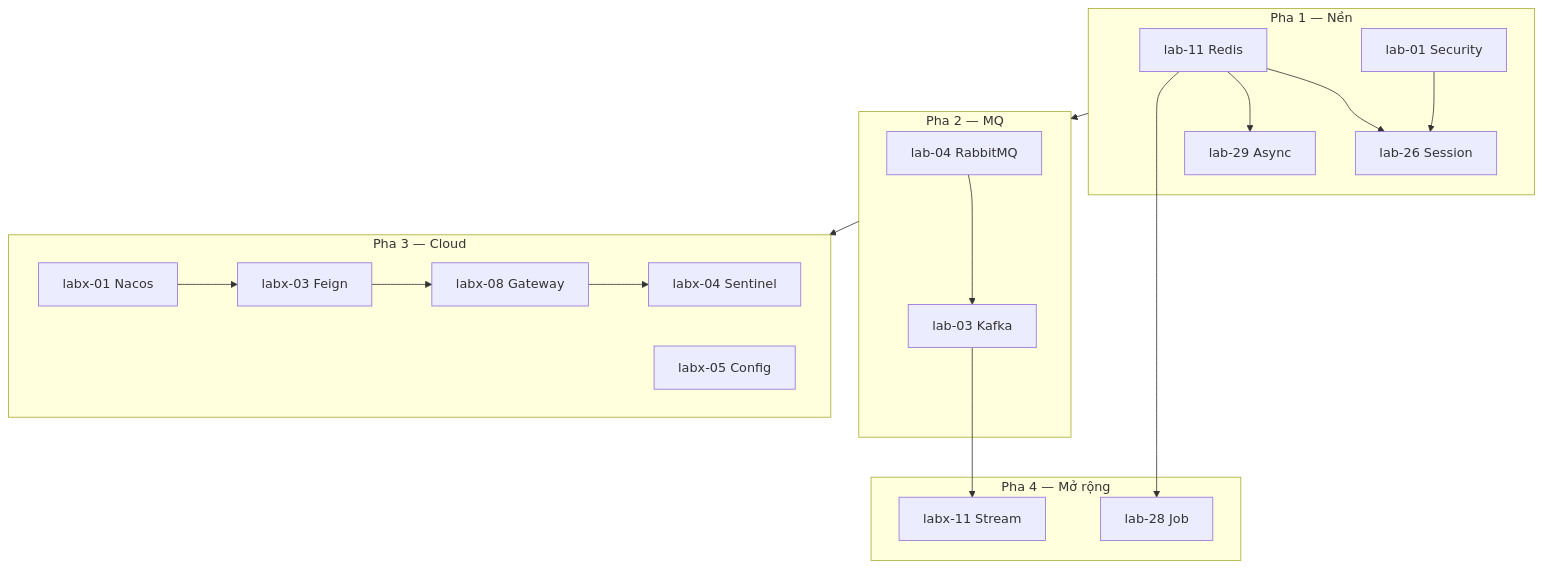
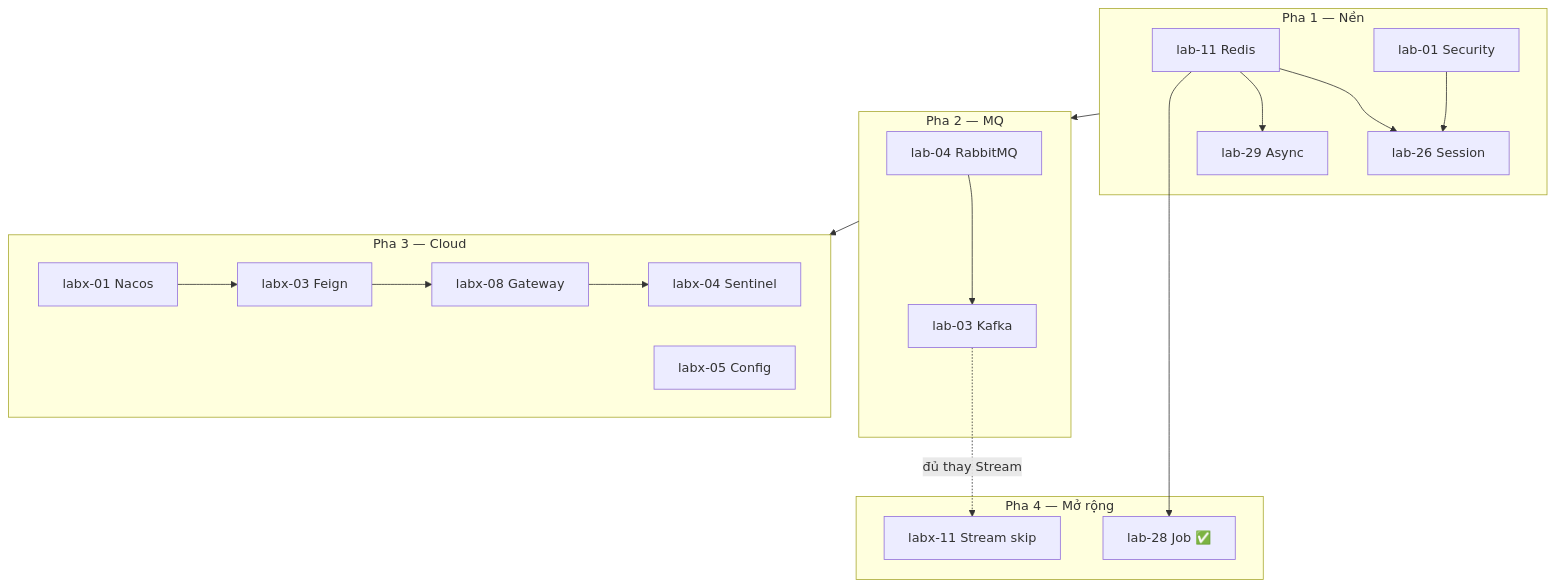
The diagram in docs/learning-path.md (long-hd/HDL-SpringBoot-Labs), drawn with Mermaid before and after one commit. The commit also changed other lines of this file and 36 other files, not shown here.

````diff
--- a/docs/learning-path.md
+++ b/docs/learning-path.md
@@ -62,39 +62,39 @@
 ```mermaid
 flowchart TD
     subgraph P1["Pha 1 — Nền"]
         L11[lab-11 Redis]
         L01[lab-01 Security]
         L26[lab-26 Session]
         L29[lab-29 Async]
         L11 --> L26
         L01 --> L26
         L11 --> L29
     end
 
     subgraph P2["Pha 2 — MQ"]
         L04[lab-04 RabbitMQ]
         L03[lab-03 Kafka]
         L04 --> L03
     end
 
     subgraph P3["Pha 3 — Cloud"]
         LX01[labx-01 Nacos]
         LX03[labx-03 Feign]
         LX05[labx-05 Config]
         LX08[labx-08 Gateway]
         LX04[labx-04 Sentinel]
         LX01 --> LX03
         LX03 --> LX08
         LX08 --> LX04
     end
 
     subgraph P4["Pha 4 — Mở rộng"]
-        LX11[labx-11 Stream]
-        L28[lab-28 Job]
+        LX11["labx-11 Stream skip"]
+        L28["lab-28 Job ✅"]
     end
 
     P1 --> P2
     P2 --> P3
-    L03 --> LX11
+    L03 -.->|"đủ thay Stream"| LX11
     L11 --> L28
 ```
````
